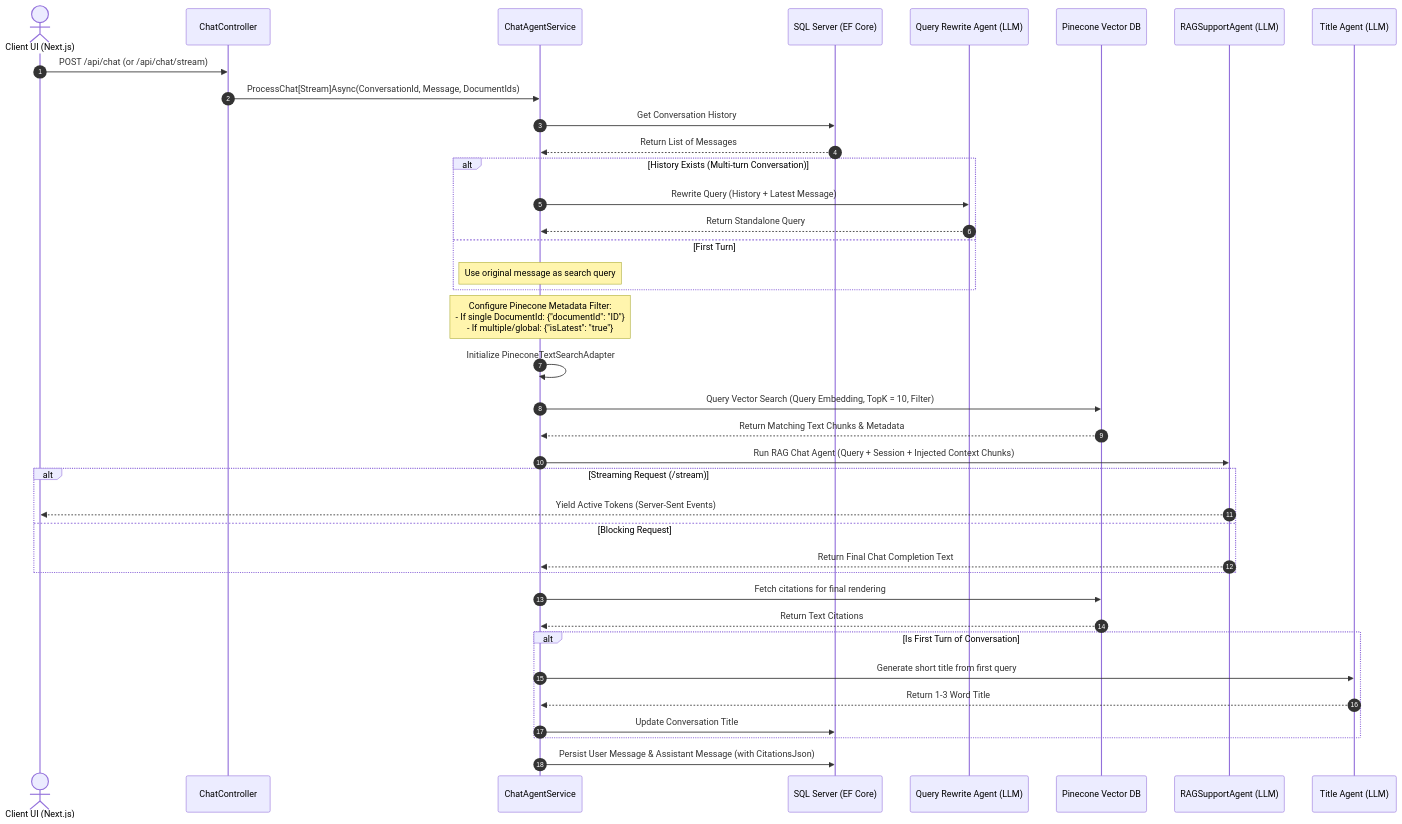
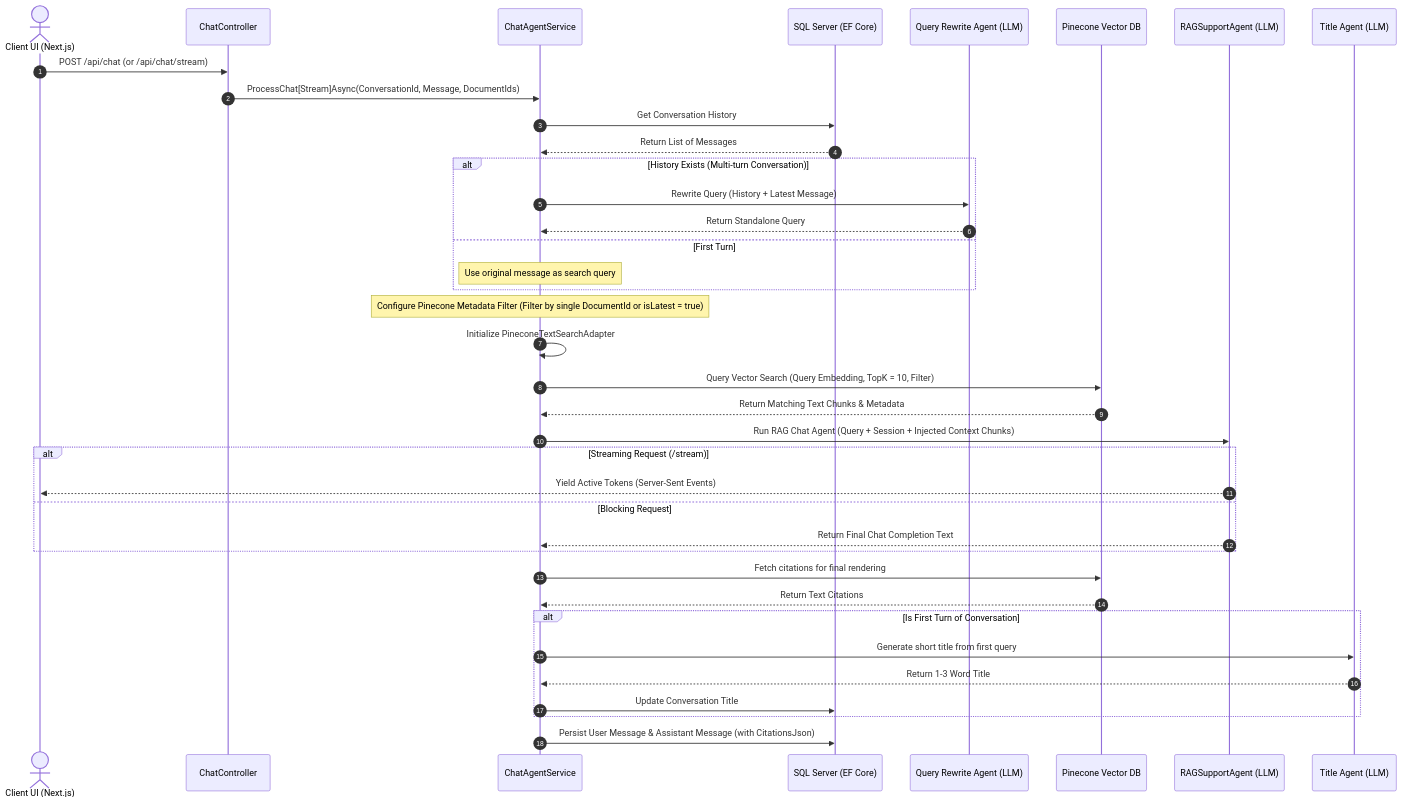
One commit to albertpsi/MSAgentFrameworkRAG changed the fourth of 4 diagrams in README.md. Above: the diagram before and after it, drawn with Mermaid. The commit also changed other lines of this file and 13 other files, not shown here.

First line of the commit message:
Add Pinecone RerankService for two-stage retrieval

````diff
--- a/README.md
+++ b/README.md
@@ -337,49 +337,49 @@
 ```mermaid
 sequenceDiagram
     autonumber
     actor User as Client UI (Next.js)
     participant Ctrl as ChatController
     participant Service as ChatAgentService
     participant DB as SQL Server (EF Core)
     participant RewriteAgent as Query Rewrite Agent (LLM)
     participant Pinecone as Pinecone Vector DB
     participant ChatAgent as RAGSupportAgent (LLM)
     participant TitleAgent as Title Agent (LLM)
 
     User->>Ctrl: POST /api/chat (or /api/chat/stream)
     Ctrl->>Service: ProcessChat[Stream]Async(ConversationId, Message, DocumentIds)
     Service->>DB: Get Conversation History
     DB-->>Service: Return List of Messages
     
     alt History Exists (Multi-turn Conversation)
         Service->>RewriteAgent: Rewrite Query (History + Latest Message)
         RewriteAgent-->>Service: Return Standalone Query
     else First Turn
         Note over Service: Use original message as search query
     end
     
-    Note over Service: Configure Pinecone Metadata Filter:<br/>- If single DocumentId: {"documentId": "ID"}<br/>- If multiple/global: {"isLatest": "true"}
+    Note over Service: Configure Pinecone Metadata Filter (Filter by single DocumentId or isLatest = true)
     
     Service->>Service: Initialize PineconeTextSearchAdapter
     Service->>Pinecone: Query Vector Search (Query Embedding, TopK = 10, Filter)
     Pinecone-->>Service: Return Matching Text Chunks & Metadata
     
     Service->>ChatAgent: Run RAG Chat Agent (Query + Session + Injected Context Chunks)
     
     alt Streaming Request (/stream)
         ChatAgent-->>User: Yield Active Tokens (Server-Sent Events)
     else Blocking Request
         ChatAgent-->>Service: Return Final Chat Completion Text
     end
     
     Service->>Pinecone: Fetch citations for final rendering
     Pinecone-->>Service: Return Text Citations
     
     alt Is First Turn of Conversation
         Service->>TitleAgent: Generate short title from first query
         TitleAgent-->>Service: Return 1-3 Word Title
         Service->>DB: Update Conversation Title
     end
     
     Service->>DB: Persist User Message & Assistant Message (with CitationsJson)
 ```
````
